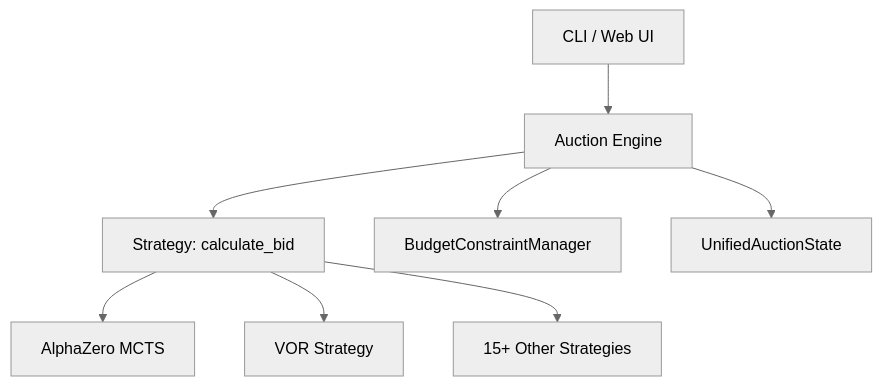
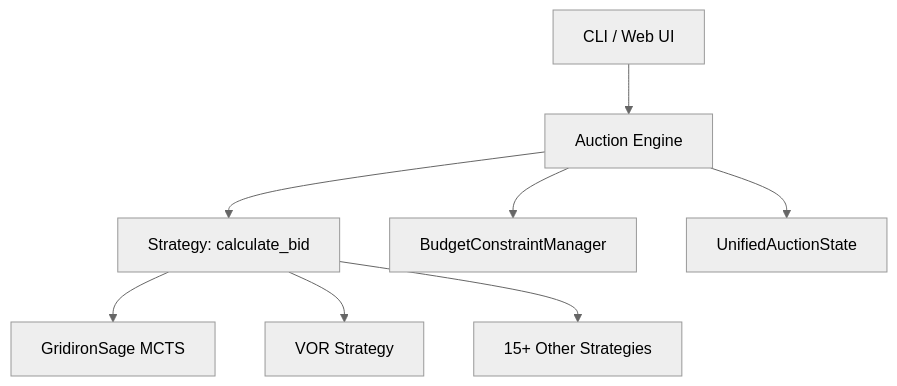
One commit to TylerJWhit/pigskin changed the diagram in .agents/docs/technical-docs.agent.md. Above: the diagram before and after it, drawn with Mermaid (neutral theme). The commit also changed other lines of this file and 77 other files, not shown here.

````diff
--- a/.agents/docs/technical-docs.agent.md
+++ b/.agents/docs/technical-docs.agent.md
@@ -53,10 +53,10 @@
 ```mermaid
 graph TD
     A[CLI / Web UI] --> B[Auction Engine]
     B --> C[Strategy: calculate_bid]
-    C --> D[AlphaZero MCTS]
+    C --> D[GridironSage MCTS]
     C --> E[VOR Strategy]
     C --> F[15+ Other Strategies]
     B --> G[BudgetConstraintManager]
     B --> H[UnifiedAuctionState]
 ```
````
